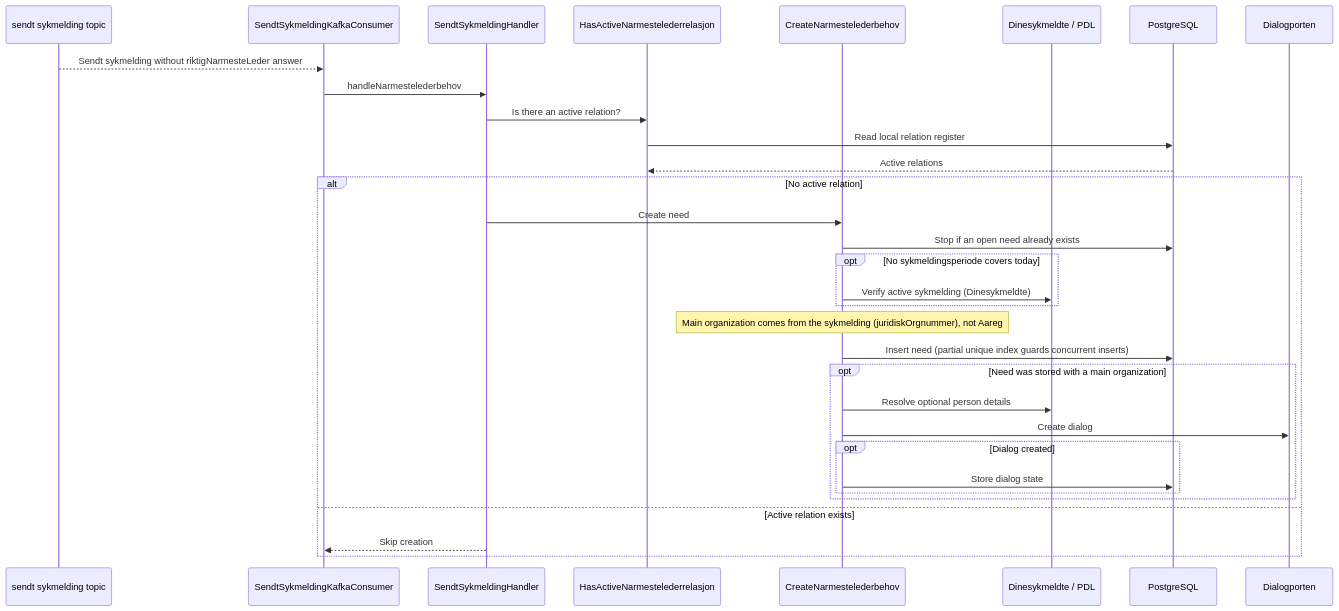
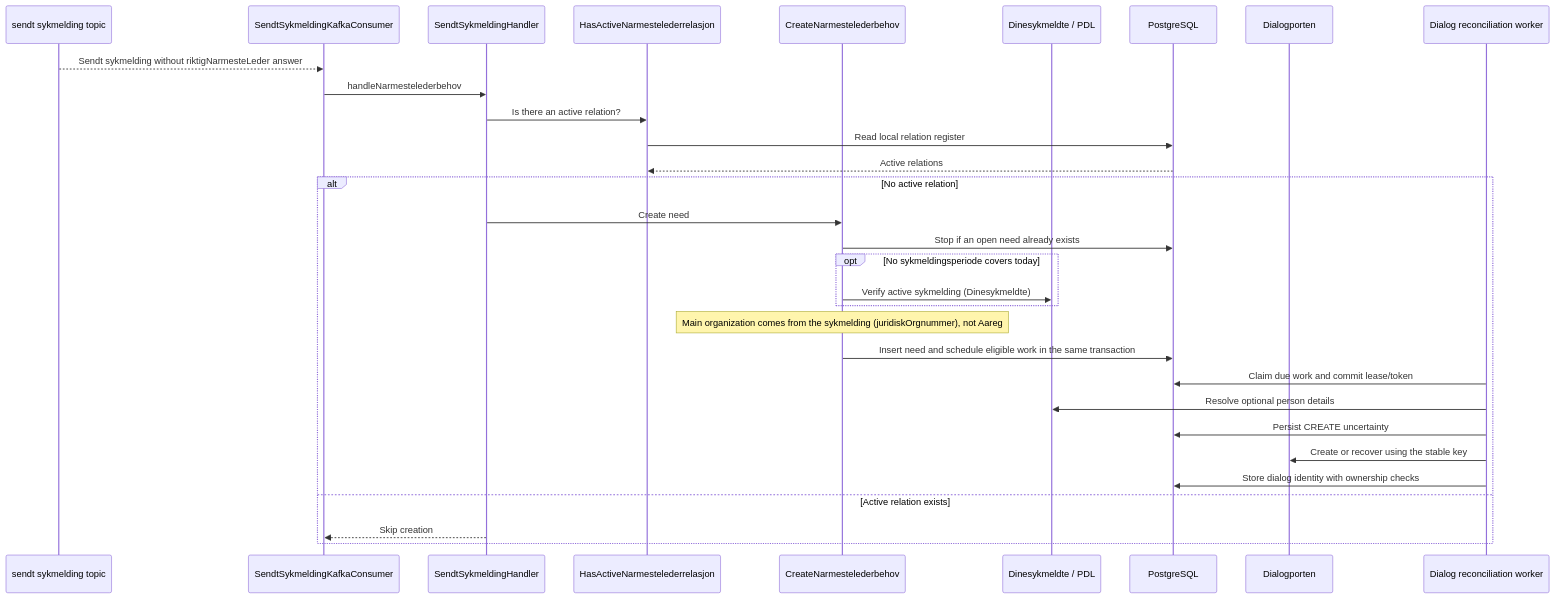
Before and after one commit to navikt/esyfo-narmesteleder: the second of 10 diagrams in docs/data-flow.md, drawn with Mermaid. The commit also changed other lines of this file and 64 other files, not shown here.

````diff
--- a/docs/data-flow.md
+++ b/docs/data-flow.md
@@ -143,35 +142,34 @@
 ```mermaid
 sequenceDiagram
     participant Kafka as sendt sykmelding topic
     participant Consumer as SendtSykmeldingKafkaConsumer
     participant Sykmelding as SendtSykmeldingHandler
     participant Relation as HasActiveNarmestelederrelasjon
     participant Behov as CreateNarmestelederbehov
     participant Upstream as Dinesykmeldte / PDL
     participant DB as PostgreSQL
     participant Dialog as Dialogporten
+    participant Worker as Dialog reconciliation worker
 
     Kafka-->>Consumer: Sendt sykmelding without riktigNarmesteLeder answer
     Consumer->>Sykmelding: handleNarmestelederbehov
     Sykmelding->>Relation: Is there an active relation?
     Relation->>DB: Read local relation register
     DB-->>Relation: Active relations
     alt No active relation
         Sykmelding->>Behov: Create need
         Behov->>DB: Stop if an open need already exists
         opt No sykmeldingsperiode covers today
             Behov->>Upstream: Verify active sykmelding (Dinesykmeldte)
         end
         Note over Behov: Main organization comes from the sykmelding (juridiskOrgnummer), not Aareg
-        Behov->>DB: Insert need (partial unique index guards concurrent inserts)
-        opt Need was stored with a main organization
-            Behov->>Upstream: Resolve optional person details
-            Behov->>Dialog: Create dialog
-            opt Dialog created
-                Behov->>DB: Store dialog state
-            end
-        end
+        Behov->>DB: Insert need and schedule eligible work in the same transaction
+        Worker->>DB: Claim due work and commit lease/token
+        Worker->>Upstream: Resolve optional person details
+        Worker->>DB: Persist CREATE uncertainty
+        Worker->>Dialog: Create or recover using the stable key
+        Worker->>DB: Store dialog identity with ownership checks
     else Active relation exists
         Sykmelding-->>Consumer: Skip creation
     end
 ```
````
